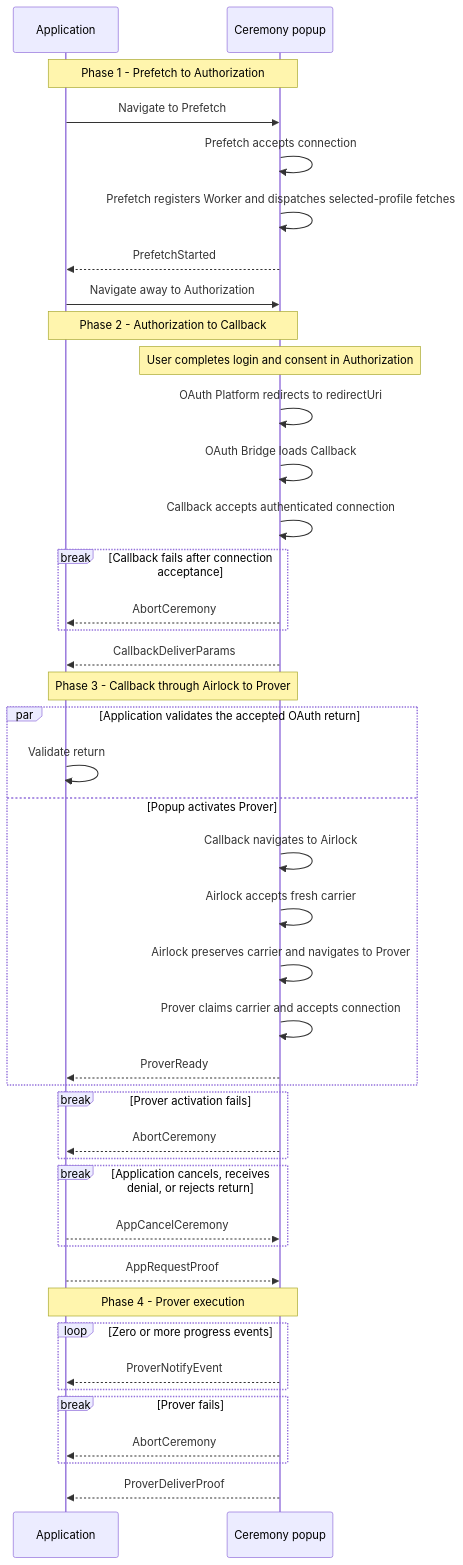
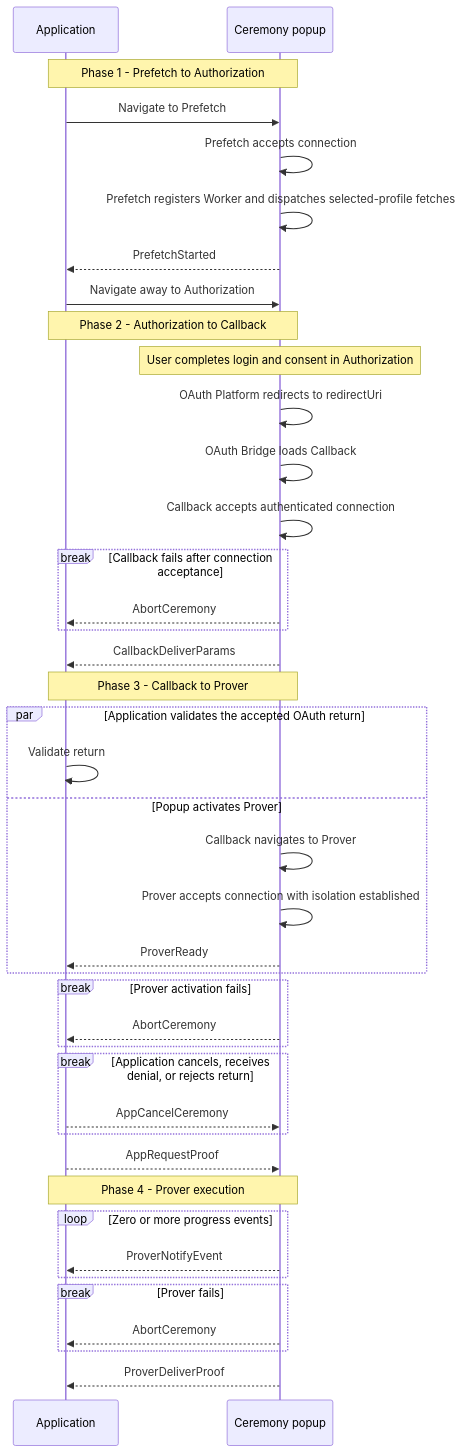
The diagram in ts/packages/ceremony/CCDP.md (libid-org/libid), drawn with Mermaid before and after one commit. The commit also changed other lines of this file and 5 other files, not shown here.

Commit message:
docs(ceremony): encapsulate prover isolation below CCDP

````diff
--- a/ts/packages/ceremony/CCDP.md
+++ b/ts/packages/ceremony/CCDP.md
@@ -496,49 +472,47 @@
 ```mermaid
 sequenceDiagram
     participant A as Application
     participant P as Ceremony popup
 
     Note over A,P: Phase 1 - Prefetch to Authorization
     A->>P: Navigate to Prefetch
     P->>P: Prefetch accepts connection
     P->>P: Prefetch registers Worker and dispatches selected-profile fetches
     P-->>A: PrefetchStarted
     A->>P: Navigate away to Authorization
 
     Note over A,P: Phase 2 - Authorization to Callback
     Note over P: User completes login and consent in Authorization
     P->>P: OAuth Platform redirects to redirectUri
     P->>P: OAuth Bridge loads Callback
     P->>P: Callback accepts authenticated connection
     break Callback fails after connection acceptance
         P-->>A: AbortCeremony
     end
     P-->>A: CallbackDeliverParams
 
-    Note over A,P: Phase 3 - Callback through Airlock to Prover
+    Note over A,P: Phase 3 - Callback to Prover
     par Application validates the accepted OAuth return
         A->>A: Validate return
     and Popup activates Prover
-        P->>P: Callback navigates to Airlock
-        P->>P: Airlock accepts fresh carrier
-        P->>P: Airlock preserves carrier and navigates to Prover
-        P->>P: Prover claims carrier and accepts connection
+        P->>P: Callback navigates to Prover
+        P->>P: Prover accepts connection with isolation established
         P-->>A: ProverReady
     end
     break Prover activation fails
         P-->>A: AbortCeremony
     end
     break Application cancels, receives denial, or rejects return
         A-->>P: AppCancelCeremony
     end
     A-->>P: AppRequestProof
 
     Note over A,P: Phase 4 - Prover execution
     loop Zero or more progress events
         P-->>A: ProverNotifyEvent
     end
     break Prover fails
         P-->>A: AbortCeremony
     end
     P-->>A: ProverDeliverProof
 ```
````
